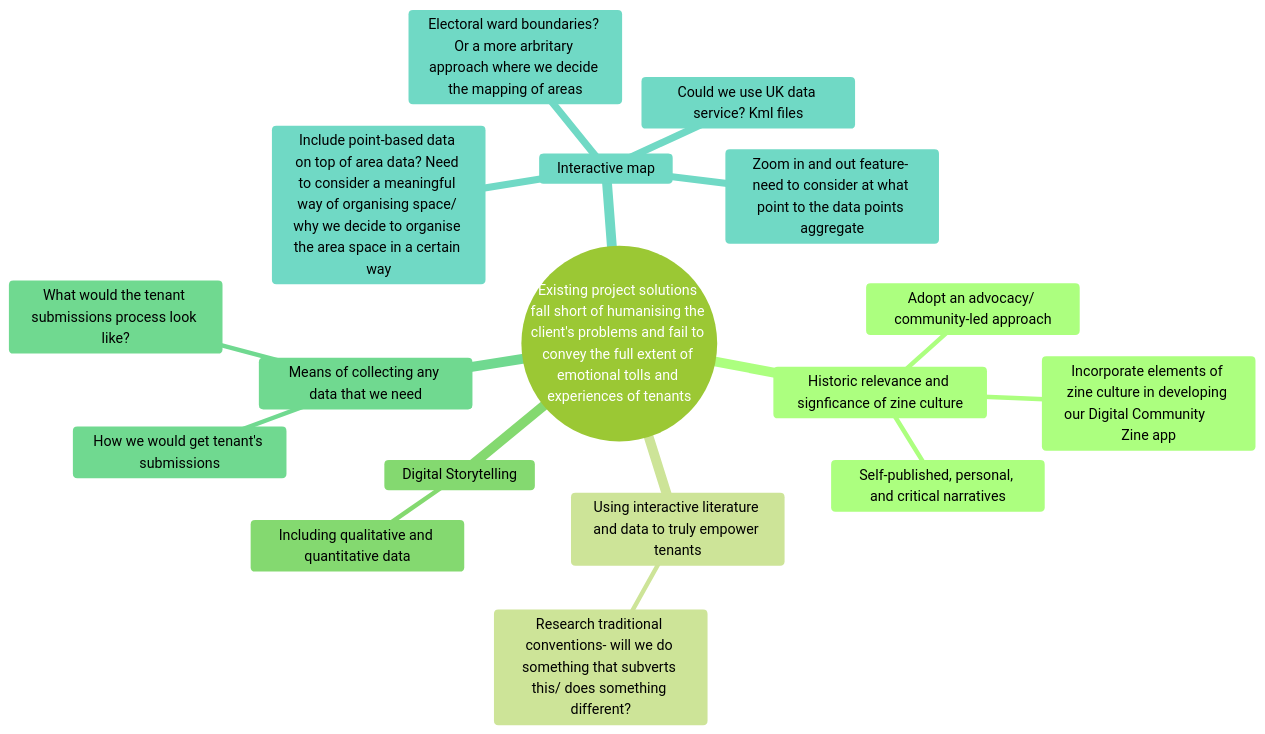
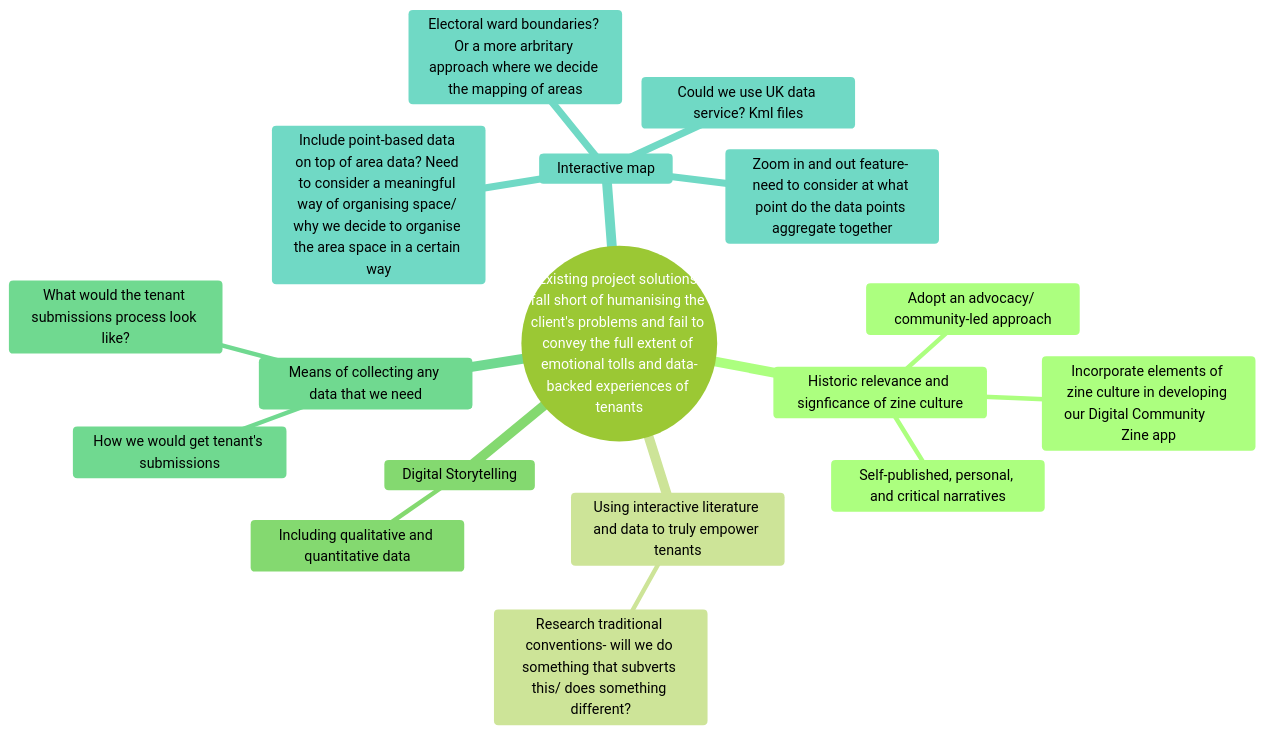
The diagram in Mermaid Mindmap.md (NU-Digital-Cultures/Trout), drawn with Mermaid (forest theme) before and after one commit.

Commit message:
Update Mermaid Mindmap.md

````diff
--- a/Mermaid Mindmap.md
+++ b/Mermaid Mindmap.md
@@ -1,20 +1,20 @@
 ``` mermaid
 mindmap
-  root((Existing project solutions fall short of humanising the client's problems and fail to convey the full extent of emotional tolls and experiences of tenants))
+  root((Existing project solutions fall short of humanising the client's problems and fail to convey the full extent of emotional tolls and data-backed experiences of tenants))
     Historic relevance and signficance of zine culture
       Incorporate elements of zine culture in developing our Digital Community        Zine app
       Adopt an advocacy/ community-led approach
       Self-published, personal, and critical narratives
     Using interactive literature and data to truly empower tenants
       Research traditional conventions- will we do something that subverts this/ does something different?
     Digital Storytelling
      Including qualitative and quantitative data
     Means of collecting any data that we need
       How we would get tenant's submissions
       What would the tenant submissions process look like?
    Interactive map
     Could we use UK data service? Kml files
     Include point-based data on top of area data? Need to consider a meaningful way of organising space/ why we decide to organise the area space in a certain way
-    Zoom in and out feature- need to consider at what point to the data points aggregate
+    Zoom in and out feature- need to consider at what point do the data points aggregate together
     Electoral ward boundaries? Or a more arbritary approach where we decide the mapping of areas
 ```
````
